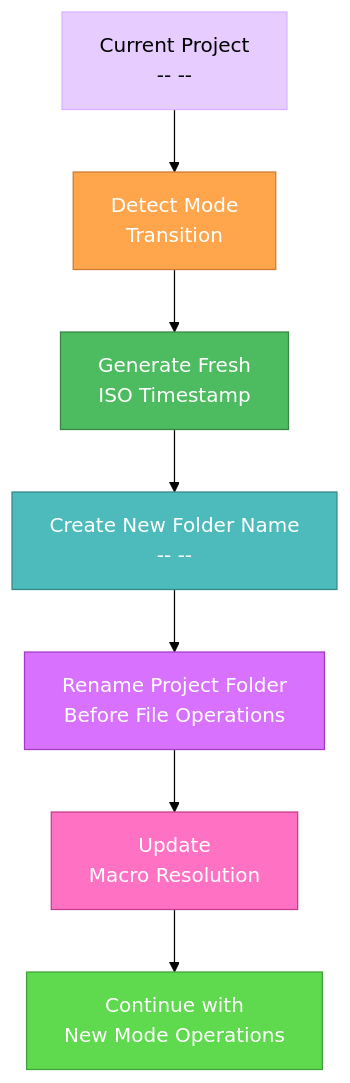
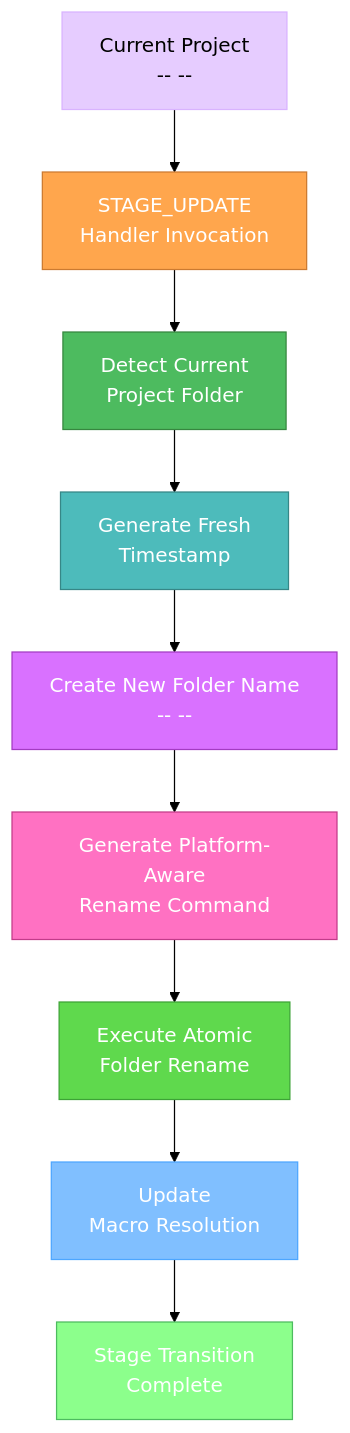
The first of 3 diagrams in .cursor/rules/isolation_rules/Core/mode-transition-optimization.mdc (jedita/cursor-memory-bank), drawn with Mermaid (forest theme) before and after one commit. The commit also changed other lines of this file and 10 other files, not shown here.

Commit message:
Refine timestamp assignment and mode swithching

````diff
--- a/.cursor/rules/isolation_rules/Core/mode-transition-optimization.mdc
+++ b/.cursor/rules/isolation_rules/Core/mode-transition-optimization.mdc
@@ -17,17 +17,21 @@
 ```mermaid
 graph TD
-    CurrentProject["Current Project<br><project-name> -- <old-timestamp> -- <old-stage>"] --> DetectTransition["Detect Mode<br>Transition"]
-    DetectTransition --> GenerateTimestamp["Generate Fresh<br>ISO Timestamp"]
+    CurrentProject["Current Project<br><project-name> -- <old-timestamp> -- <old-stage>"] --> StageUpdate["STAGE_UPDATE<br>Handler Invocation"]
+    StageUpdate --> DetectCurrent["Detect Current<br>Project Folder"]
+                DetectCurrent --> GenerateTimestamp["Generate Fresh<br>Timestamp"]
     GenerateTimestamp --> CreateNewName["Create New Folder Name<br><project-name> -- <new-timestamp> -- <new-stage>"]
-    CreateNewName --> RenameFolder["Rename Project Folder<br>Before File Operations"]
+    CreateNewName --> PlatformCommand["Generate Platform-Aware<br>Rename Command"]
+    PlatformCommand --> RenameFolder["Execute Atomic<br>Folder Rename"]
     RenameFolder --> UpdateMacro["Update <MB_ROOT><br>Macro Resolution"]
-    UpdateMacro --> ContinueMode["Continue with<br>New Mode Operations"]
+    UpdateMacro --> Complete["Stage Transition<br>Complete"]
     
     style CurrentProject fill:#e6ccff,stroke:#d9b3ff,color:black
-    style DetectTransition fill:#ffa64d,stroke:#cc7a30,color:white
-    style GenerateTimestamp fill:#4dbb5f,stroke:#36873f,color:white
-    style CreateNewName fill:#4dbbbb,stroke:#368787,color:white
-    style RenameFolder fill:#d971ff,stroke:#a33bc2,color:white
-    style UpdateMacro fill:#ff71c2,stroke:#c23b8a,color:white
-    style ContinueMode fill:#5fd94d,stroke:#3da336,color:white
+    style StageUpdate fill:#ffa64d,stroke:#cc7a30,color:white
+    style DetectCurrent fill:#4dbb5f,stroke:#36873f,color:white
+    style GenerateTimestamp fill:#4dbbbb,stroke:#368787,color:white
+    style CreateNewName fill:#d971ff,stroke:#a33bc2,color:white
+    style PlatformCommand fill:#ff71c2,stroke:#c23b8a,color:white
+    style RenameFolder fill:#5fd94d,stroke:#3da336,color:white
+    style UpdateMacro fill:#80bfff,stroke:#4da6ff,color:white
+    style Complete fill:#8cff8c,stroke:#4dbb5f,color:white
 ```
````
